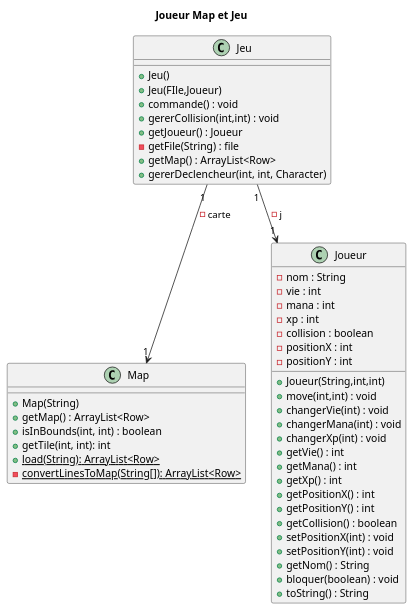
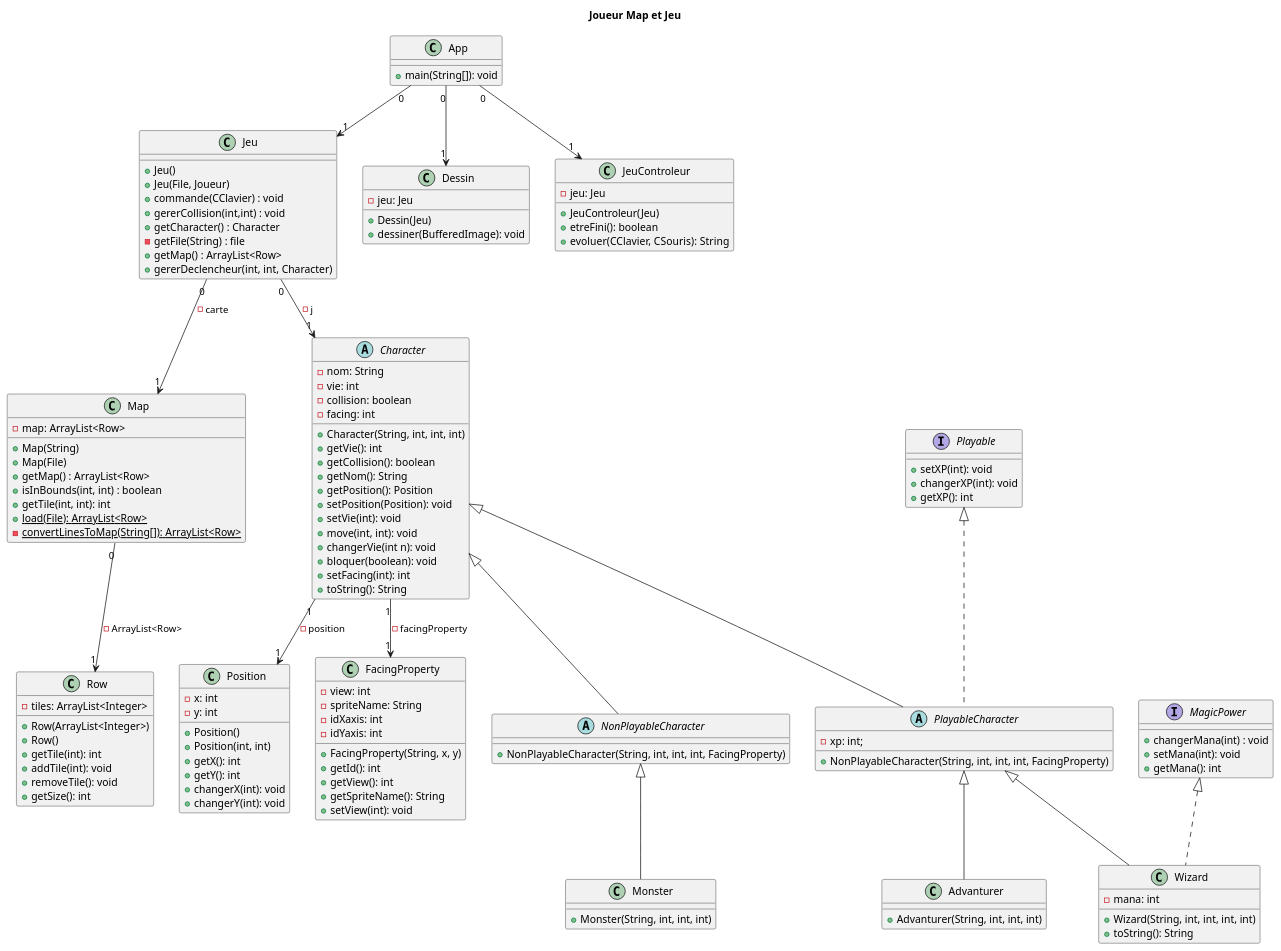
One commit to JeuFore/2020_COO_Zeldiablo_chastin3u_kieffe183u_chapell22u changed the diagram in documents/version_1/iteration_2/fonctionnalite_1.wsd. Above: the diagram before and after it, drawn with PlantUML.

Commit message:
Ajout du diagramme de classe complet

```diff
--- a/documents/version_1/iteration_2/fonctionnalite_1.wsd
+++ b/documents/version_1/iteration_2/fonctionnalite_1.wsd
@@ -1,54 +1,142 @@
 @startuml
 
 title Joueur Map et Jeu
 
-Jeu "1" --> "1" Map : - carte
-Jeu "1" --> "1" Joueur : - j
+Jeu "0" --> "1" Map : - carte
+Jeu "0" --> "1" Character : - j
 
-class Joueur {
-    - nom : String
-    - vie : int
-    - mana : int
-    - xp : int
-    - collision : boolean
-    - positionX : int 
-    - positionY : int
-    + Joueur(String,int,int)
-    + move(int,int) : void
-    + changerVie(int) : void
-    + changerMana(int) : void
-    + changerXp(int) : void
-    + getVie() : int
-    + getMana() : int
-    + getXp() : int
-    + getPositionX() : int
-    + getPositionY() : int 
-    + getCollision() : boolean
-    + setPositionX(int) : void
-    + setPositionY(int) : void
-    + getNom() : String
-    + bloquer(boolean) : void
-    + toString() : String
+App "0" --> "1" Jeu
+App "0" --> "1" Dessin
+App "0" --> "1" JeuControleur
+
+Map "0" --> "1" Row : - ArrayList<Row>
+
+class App {
+    + main(String[]): void
+}
+
+class Dessin {
+    - jeu: Jeu
+    + Dessin(Jeu)
+    + dessiner(BufferedImage): void
+}
+
+class JeuControleur {
+    - jeu: Jeu
+    + JeuControleur(Jeu)
+    + etreFini(): boolean
+    + evoluer(CClavier, CSouris): String
 }
 
 class Map {
+    - map: ArrayList<Row>
     + Map(String)
+    + Map(File)
     + getMap() : ArrayList<Row>
     + isInBounds(int, int) : boolean
     + getTile(int, int): int
-    + {static} load(String): ArrayList<Row>
+    + {static} load(File): ArrayList<Row>
     - {static} convertLinesToMap(String[]): ArrayList<Row>
+}
+
+class Row {
+    - tiles: ArrayList<Integer>
+    + Row(ArrayList<Integer>)
+    + Row()
+    + getTile(int): int
+    + addTile(int): void
+    + removeTile(): void
+    + getSize(): int
 }
 
 class Jeu {
     +Jeu()
-    +Jeu(FIle,Joueur)
-    +commande() : void
+    +Jeu(File, Joueur)
+    +commande(CClavier) : void
     +gererCollision(int,int) : void
-    +getJoueur() : Joueur
+    +getCharacter() : Character
     -getFile(String) : file
     +getMap() : ArrayList<Row>
     +gererDeclencheur(int, int, Character)
 }
 
+Character "1" --> "1" Position : - position
+
+Character "1" --> "1" FacingProperty : - facingProperty
+
+abstract class Character {
+    + Character(String, int, int, int)
+    - nom: String
+    - vie: int
+    - collision: boolean
+    - facing: int
+    + getVie(): int
+    + getCollision(): boolean
+    + getNom(): String
+    + getPosition(): Position
+    + setPosition(Position): void
+    + setVie(int): void 
+    + move(int, int): void
+    + changerVie(int n): void
+    + bloquer(boolean): void
+    + setFacing(int): int
+    + toString(): String
+}
+
+interface Playable {
+    + setXP(int): void
+    + changerXP(int): void
+    + getXP(): int
+}
+
+interface MagicPower {
+    + changerMana(int) : void
+    + setMana(int): void
+    + getMana(): int
+}
+
+abstract class NonPlayableCharacter extends Character {
+    + NonPlayableCharacter(String, int, int, int, FacingProperty)
+}
+abstract class PlayableCharacter extends Character implements Playable {
+    - xp: int;
+    + NonPlayableCharacter(String, int, int, int, FacingProperty)
+}
+
+class Advanturer extends PlayableCharacter {
+    + Advanturer(String, int, int, int)
+}
+class Wizard extends PlayableCharacter implements MagicPower {
+    - mana: int
+    + Wizard(String, int, int, int, int)
+    + toString(): String
+}
+
+class Monster extends NonPlayableCharacter {
+    + Monster(String, int, int, int)
+}
+
+class Position {
+    + Position()
+    + Position(int, int)
+    - x: int
+    - y: int
+    + getX(): int
+    + getY(): int
+    + changerX(int): void
+    + changerY(int): void
+}
+
+class FacingProperty {
+    - view: int
+    - spriteName: String
+    - idXaxis: int
+    - idYaxis: int
+    + FacingProperty(String, x, y)
+    + getId(): int
+    + getView(): int
+    + getSpriteName(): String
+    + setView(int): void
+}
+
 @enduml
```
